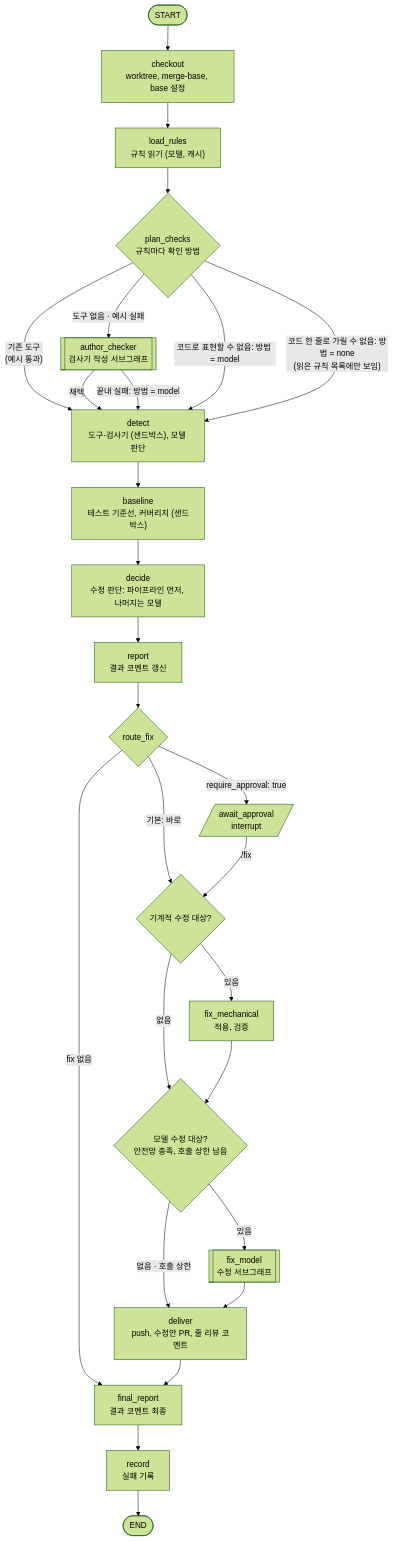
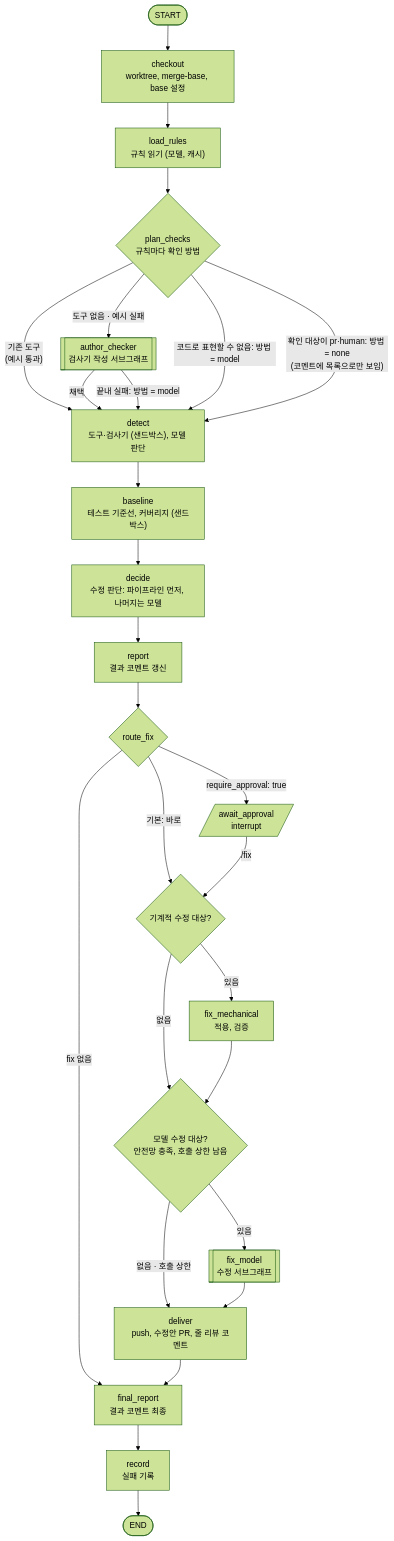
One commit to Eunryong/pr-proof changed the first of 2 diagrams in docs/DESIGN.md. Above: the diagram before and after it, drawn with Mermaid (forest theme). The commit also changed other lines of this file and 12 other files, not shown here.

````diff
--- a/docs/DESIGN.md
+++ b/docs/DESIGN.md
@@ -454,29 +489,29 @@
 ```mermaid
 flowchart TD
     S([START]) --> checkout["checkout<br/>worktree, merge-base, base 설정"]
     checkout --> load_rules["load_rules<br/>규칙 읽기 (모델, 캐시)"]
     load_rules --> plan{"plan_checks<br/>규칙마다 확인 방법"}
     plan -->|"기존 도구<br/>(예시 통과)"| detect
     plan -->|"도구 없음 · 예시 실패"| author[["author_checker<br/>검사기 작성 서브그래프"]]
     author -->|"채택"| detect
     author -->|"끝내 실패: 방법 = model"| detect
     plan -->|"코드로 표현할 수 없음: 방법 = model"| detect
-    plan -->|"코드 한 줄로 가릴 수 없음: 방법 = none<br/>(읽은 규칙 목록에만 보임)"| detect
+    plan -->|"확인 대상이 pr·human: 방법 = none<br/>(코멘트에 목록으로만 보임)"| detect
     detect["detect<br/>도구·검사기 (샌드박스), 모델 판단"] --> baseline["baseline<br/>테스트 기준선, 커버리지 (샌드박스)"]
     baseline --> decide["decide<br/>수정 판단: 파이프라인 먼저, 나머지는 모델"]
     decide --> report["report<br/>결과 코멘트 갱신"]
     report --> gate{"route_fix"}
     gate -->|"fix 없음"| final
     gate -->|"require_approval: true"| wait[/"await_approval<br/>interrupt"/]
     gate -->|"기본: 바로"| fixm
     wait -->|"/fix"| fixm
     fixm{"기계적 수정 대상?"} -->|"있음"| mech["fix_mechanical<br/>적용, 검증"]
     fixm -->|"없음"| fixa
     mech --> fixa{"모델 수정 대상?<br/>안전망 충족, 호출 상한 남음"}
     fixa -->|"있음"| model[["fix_model<br/>수정 서브그래프"]]
     fixa -->|"없음 · 호출 상한"| deliver
     model --> deliver["deliver<br/>push, 수정안 PR, 줄 리뷰 코멘트"]
     deliver --> final["final_report<br/>결과 코멘트 최종"]
     final --> record["record<br/>실패 기록"]
     record --> E([END])
 ```
````
